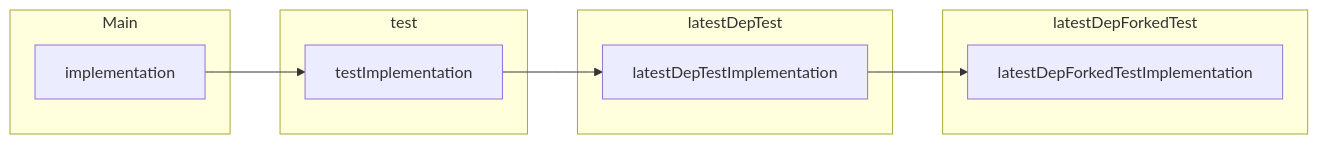
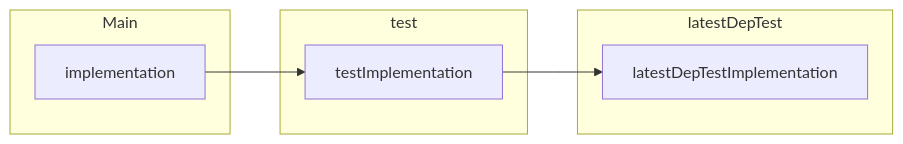
Before and after one commit to DataDog/dd-trace-java: the fourth of 4 diagrams in docs/how_to_work_with_gradle.md, drawn with Mermaid. The commit also changed other lines of this file and 9 other files, not shown here.

First line of the commit message:
Reuse source sets for forked test tasks (#12308)

````diff
--- a/docs/how_to_work_with_gradle.md
+++ b/docs/how_to_work_with_gradle.md
@@ -632,20 +633,16 @@
 ```mermaid
 graph LR
     subgraph Main
         implementation
     end
 
     subgraph test
         testImplementation
     end
 
     subgraph latestDepTest
         latestDepTestImplementation
     end
 
-    subgraph latestDepForkedTest
-        latestDepForkedTestImplementation
-    end
-
-    implementation --> testImplementation --> latestDepTestImplementation --> latestDepForkedTestImplementation
+    implementation --> testImplementation --> latestDepTestImplementation
 ```
````
